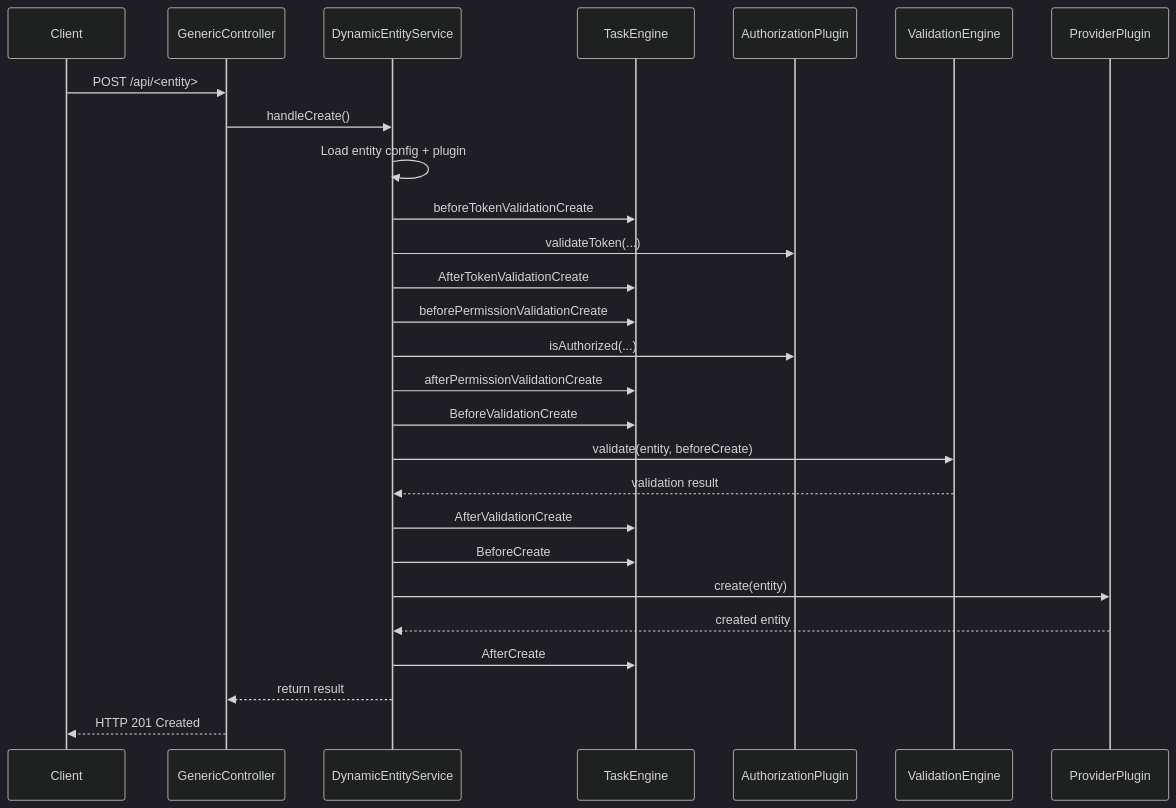
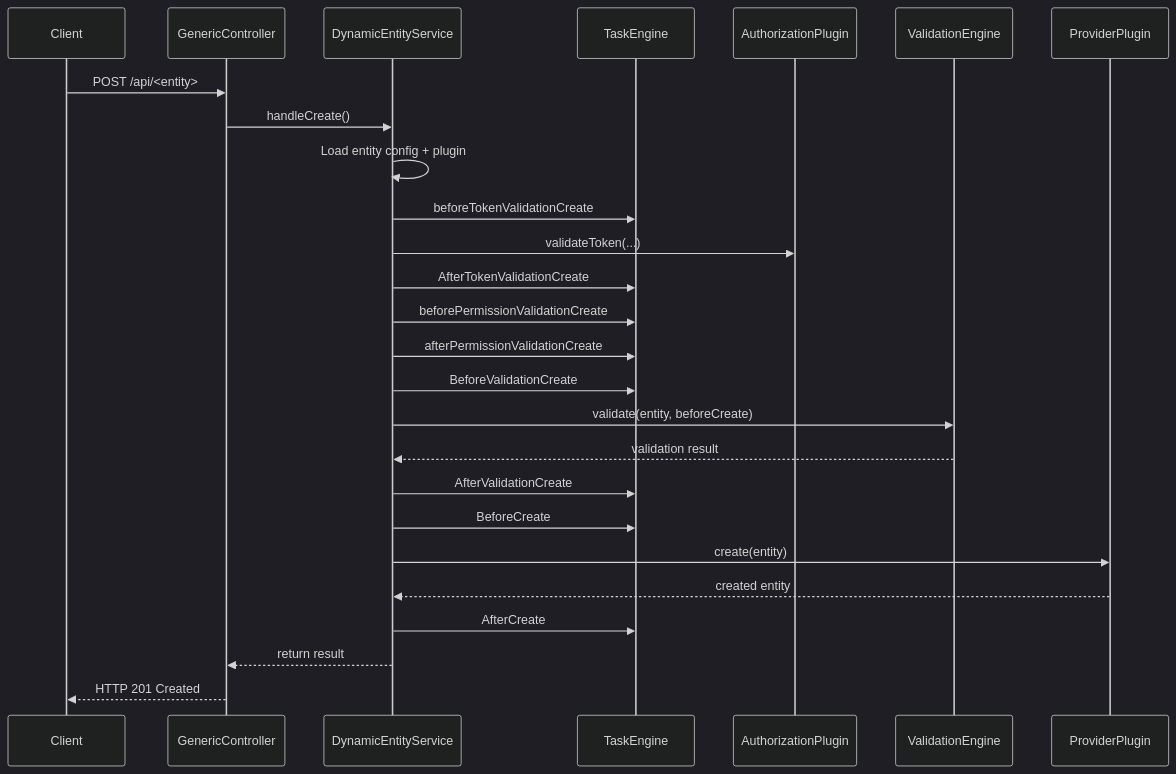
The diagram in docs/lifecycle-example.mmd (linagora/linid-im-api-corelib), drawn with Mermaid (dark theme) before and after one commit. The commit also changed 11 other files, not shown here.

Commit message:
refactor: AuthorizationPlugin to focus only on token validation

```diff
--- a/docs/lifecycle-example.mmd
+++ b/docs/lifecycle-example.mmd
@@ -1,27 +1,26 @@
 sequenceDiagram
     participant Client
     participant GenericController
     participant DynamicEntityService
     participant TaskEngine
     participant AuthorizationPlugin
     participant ValidationEngine
     participant ProviderPlugin
     Client ->> GenericController: POST /api/<entity>
     GenericController ->> DynamicEntityService: handleCreate()
     DynamicEntityService ->> DynamicEntityService: Load entity config + plugin
     DynamicEntityService ->> TaskEngine: beforeTokenValidationCreate
     DynamicEntityService ->> AuthorizationPlugin: validateToken(...)
     DynamicEntityService ->> TaskEngine: AfterTokenValidationCreate
     DynamicEntityService ->> TaskEngine: beforePermissionValidationCreate
-    DynamicEntityService ->> AuthorizationPlugin: isAuthorized(...)
     DynamicEntityService ->> TaskEngine: afterPermissionValidationCreate
     DynamicEntityService ->> TaskEngine: BeforeValidationCreate
     DynamicEntityService ->> ValidationEngine: validate(entity, beforeCreate)
     ValidationEngine -->> DynamicEntityService: validation result
     DynamicEntityService ->> TaskEngine: AfterValidationCreate
     DynamicEntityService ->> TaskEngine: BeforeCreate
     DynamicEntityService ->> ProviderPlugin: create(entity)
     ProviderPlugin -->> DynamicEntityService: created entity
     DynamicEntityService ->> TaskEngine: AfterCreate
     DynamicEntityService -->> GenericController: return result
     GenericController -->> Client: HTTP 201 Created
```
